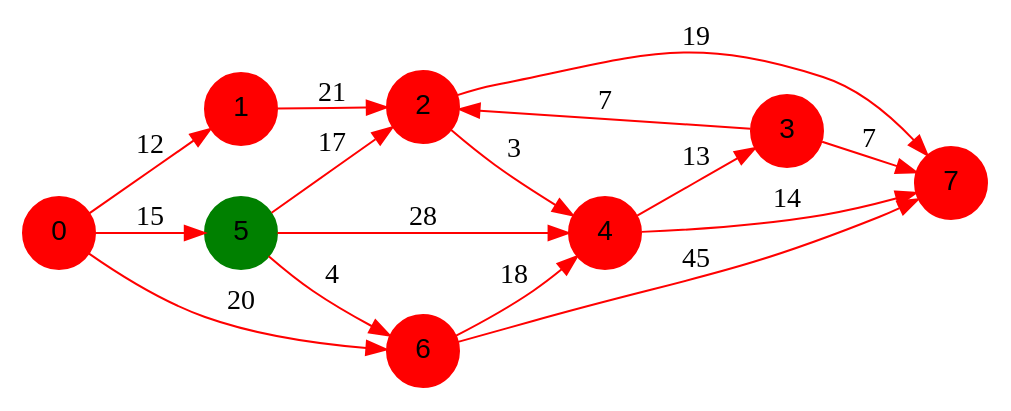
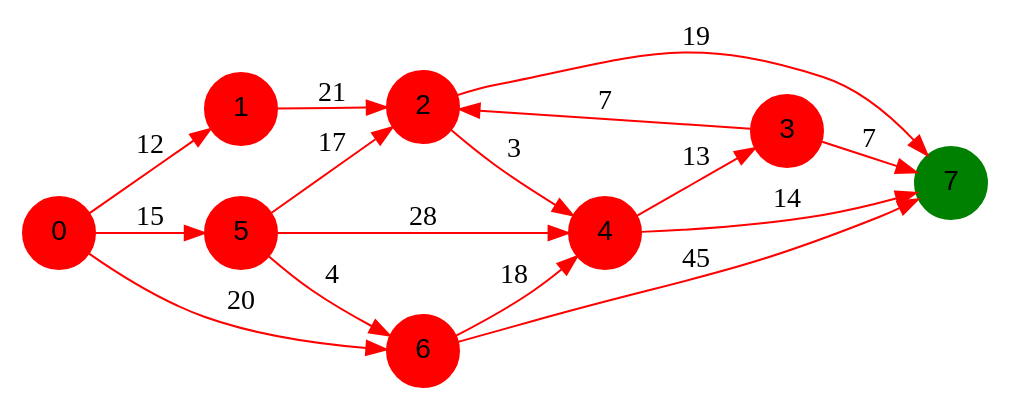
One commit to benech17/Shortest-Path changed the diagram in programme1/output/dotFiles/graph1/graph1_7.dot. Above: the diagram before and after it, drawn with Graphviz. The commit also changed 5 other files, not shown here.

```diff
--- a/programme1/output/dotFiles/graph1/graph1_7.dot
+++ b/programme1/output/dotFiles/graph1/graph1_7.dot
@@ -1,27 +1,27 @@
 digraph graphe {
 rankdir = LR;
 edge [color=red];
 0 [fontname="Arial", shape = circle, color=red, style=filled];
 1 [fontname="Arial", shape = circle, color=red, style=filled];
 2 [fontname="Arial", shape = circle, color=red, style=filled];
 3 [fontname="Arial", shape = circle, color=red, style=filled];
 4 [fontname="Arial", shape = circle, color=red, style=filled];
-5 [fontname="Arial", shape = circle, color=green, style=filled];
+5 [fontname="Arial", shape = circle, color=red, style=filled];
 6 [fontname="Arial", shape = circle, color=red, style=filled];
-7 [fontname="Arial", shape = circle, color=red, style=filled];
+7 [fontname="Arial", shape = circle, color=green, style=filled];
 	0 -> 1 [label = "12"];
 	0 -> 5 [label = "15"];
 	0 -> 6 [label = "20"];
 	1 -> 2 [label = "21"];
 	2 -> 4 [label = "3"];
 	2 -> 7 [label = "19"];
 	3 -> 2 [label = "7"];
 	3 -> 7 [label = "7"];
 	4 -> 3 [label = "13"];
 	4 -> 7 [label = "14"];
 	5 -> 2 [label = "17"];
 	5 -> 4 [label = "28"];
 	5 -> 6 [label = "4"];
 	6 -> 4 [label = "18"];
 	6 -> 7 [label = "45"];
 }
```
